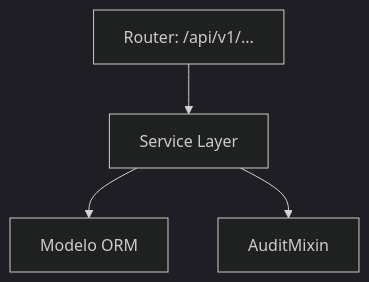
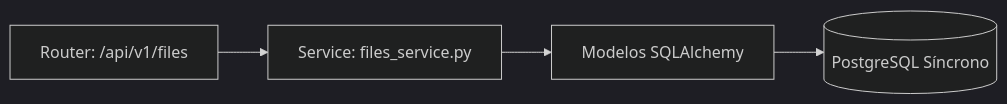
The diagram in website/docs/tecnico/04-modulos/15-files.md (TuGfaNat/Plataforma-MEH), drawn with Mermaid (dark theme) before and after one commit. The commit also changed other lines of this file and 44 other files, not shown here.

````diff
--- a/website/docs/tecnico/04-modulos/15-files.md
+++ b/website/docs/tecnico/04-modulos/15-files.md
@@ -19,6 +17,6 @@
 ```mermaid
-graph TD
-    Router[Router: /api/v1/...] --> Service[Service Layer]
-    Service --> Model[Modelo ORM]
-    Service --> AuditMixin[AuditMixin]
+graph LR
+    API[Router: /api/v1/files] --> Service[Service: files_service.py]
+    Service --> Models[Modelos SQLAlchemy]
+    Models --> DB[(PostgreSQL Síncrono)]
 ```
````
